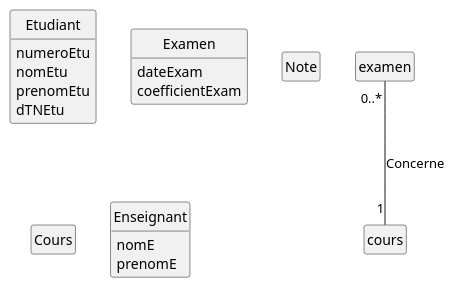
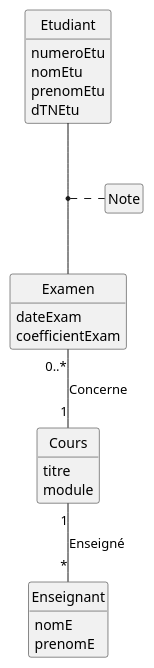
One commit to IUT-Blagnac/bcoo-LordHugo02 changed the diagram in TD1/TD1.2.1.plantuml. Above: the diagram before and after it, drawn with PlantUML.

```diff
--- a/TD1/TD1.2.1.plantuml
+++ b/TD1/TD1.2.1.plantuml
@@ -1,43 +1,46 @@
 @startuml Titre
 '--------------------------------
 ' Parametres pour le dessin
 '--------------------------------
 hide circle
 hide empty members
 hide empty methods
 '--------------------------------
 
 class Etudiant
  {
     numeroEtu
     nomEtu
     prenomEtu
     dTNEtu
 }
 
 class Examen
 {
     dateExam
     coefficientExam
 }
 
 class Note
 {
     
 }
 
 class Cours
 {
-    
+    titre
+    module
 }
 
 class Enseignant
 {
    nomE 
    prenomE
 }
 
 
-examen "0..*" -- "1" cours : Concerne
+Examen "0..*" -- "1" Cours : Concerne
+(Etudiant, Examen) . Note
+Cours "1" -- "*" Enseignant : Enseigné
 
 @enduml
```
